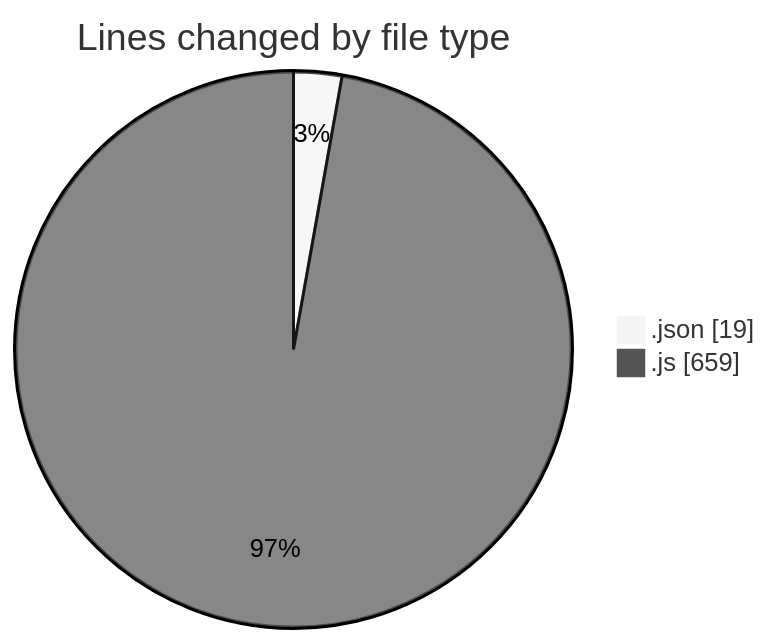
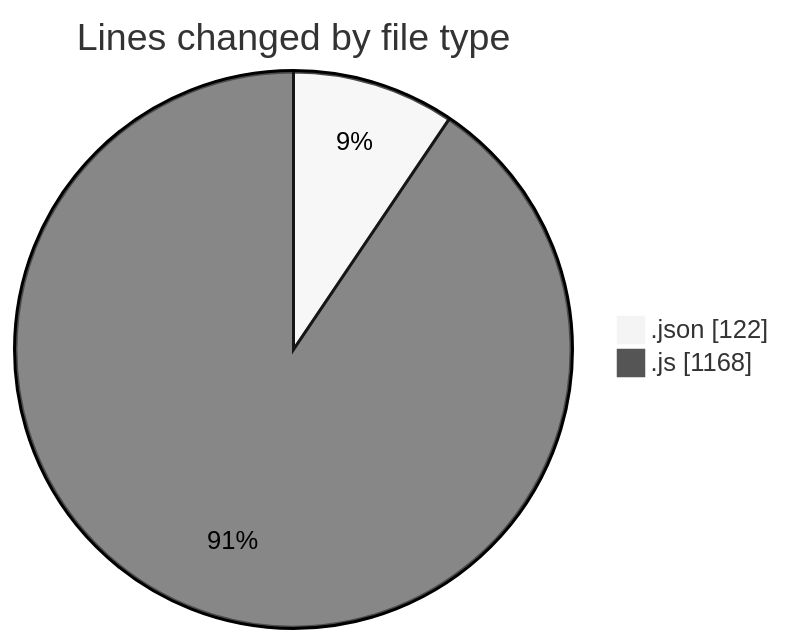
The first of 2 diagrams in 2025-07-15/eduwallet-main/README.md (lephambinh05/code-tracking), drawn with Mermaid (neutral theme) before and after one commit. The commit also changed other lines of this file and 1 other file, not shown here.

````diff
--- a/2025-07-15/eduwallet-main/README.md
+++ b/2025-07-15/eduwallet-main/README.md
@@ -26,6 +28,6 @@
 ```mermaid
 pie showData
 title Lines changed by file type
-".json" : 19
-".js" : 659
+".json" : 122
+".js" : 1168
 ```
````
